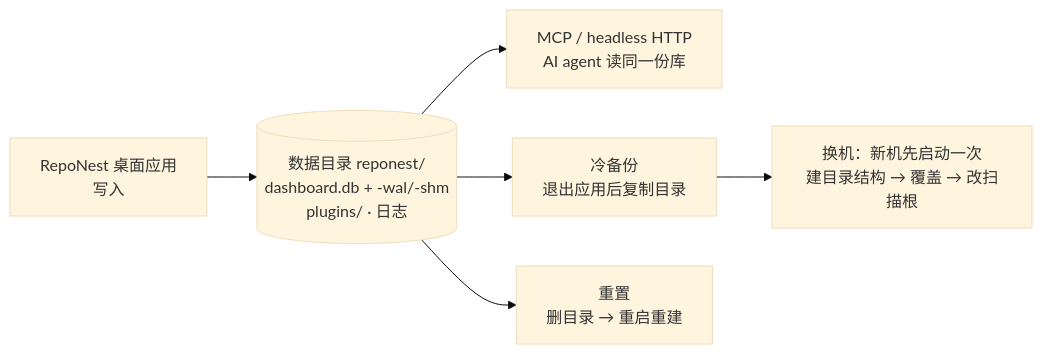
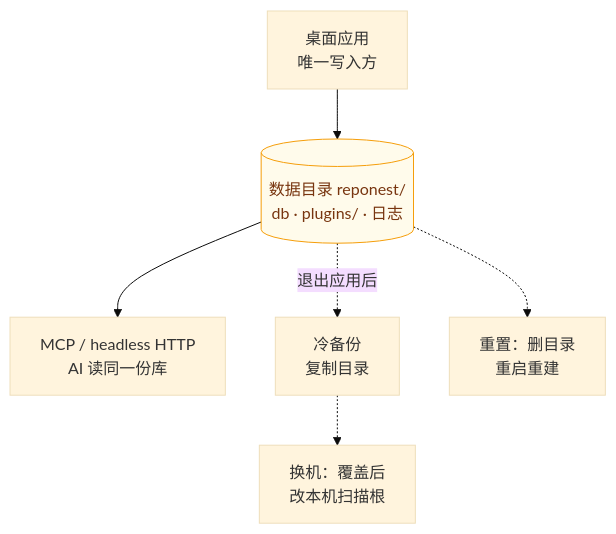
Before and after one commit to sky-jiangcheng/RepoNest: the diagram in docs/data-management.md, drawn with Mermaid (base theme). The commit also changed 14 other files, not shown here.

First line of the commit message:
docs(diagrams): 全站 mermaid 图重构 — 告别'宽扁香肠'布局

````diff
--- a/docs/data-management.md
+++ b/docs/data-management.md
@@ -10,8 +10,10 @@
 ```mermaid
-flowchart LR
-    APP["RepoNest 桌面应用<br/>写入"] --> DIR[("数据目录 reponest/<br/>dashboard.db + -wal/-shm<br/>plugins/ · 日志")]
-    DIR --> MCP["MCP / headless HTTP<br/>AI agent 读同一份库"]
-    DIR --> CP["冷备份<br/>退出应用后复制目录"]
-    DIR --> RM["重置<br/>删目录 → 重启重建"]
-    CP --> NEW["换机：新机先启动一次<br/>建目录结构 → 覆盖 → 改扫描根"]
+flowchart TB
+    APP["桌面应用<br/>唯一写入方"] --> DIR[("数据目录 reponest/<br/>db · plugins/ · 日志")]
+    DIR --> MCP["MCP / headless HTTP<br/>AI 读同一份库"]
+    DIR -.->|"退出应用后"| CP["冷备份<br/>复制目录"]
+    CP -.-> NEW["换机：覆盖后<br/>改本机扫描根"]
+    DIR -.-> RM["重置：删目录<br/>重启重建"]
+    classDef store fill:#fffbeb,stroke:#f59e0b,color:#78350f
+    class DIR store
 ```
````
